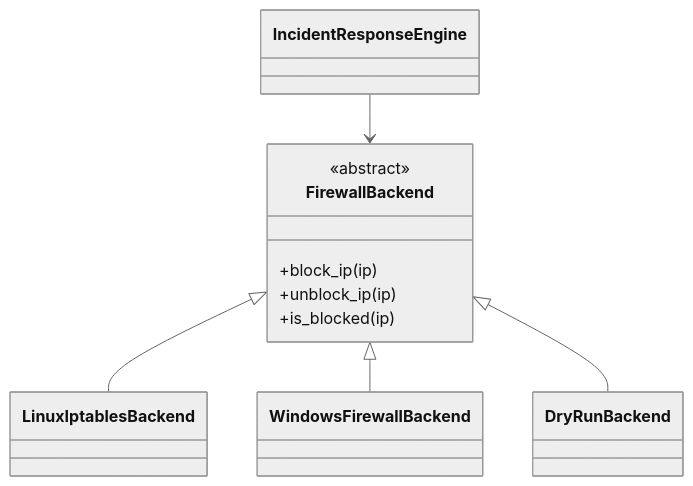
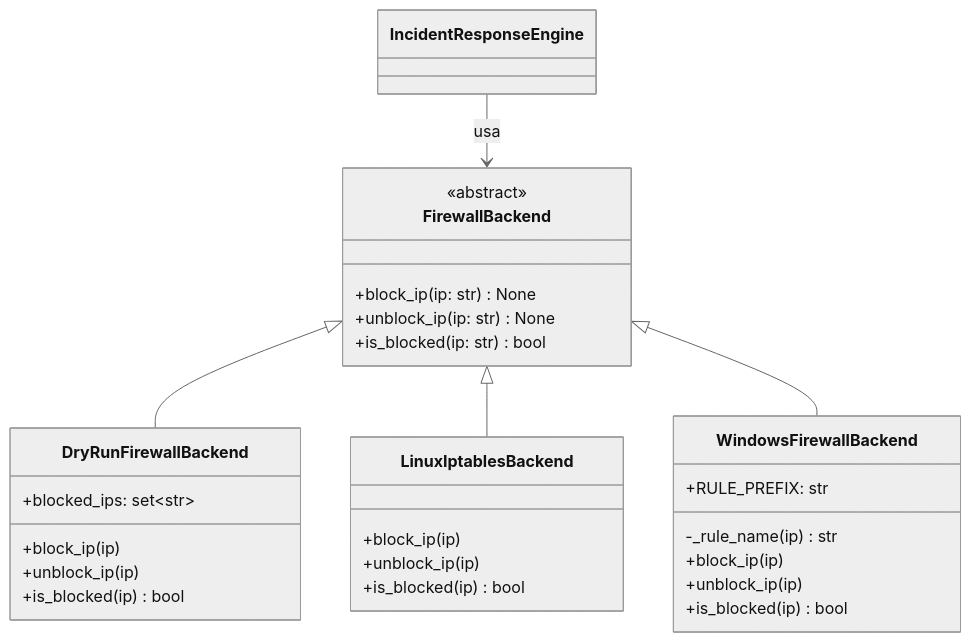
Before and after one commit to andrefinoo/Automated-Incident-Response-Ban-Engine-Python: the second of 2 diagrams in docs/manuale-tecnico.md, drawn with Mermaid (neutral theme). The commit also changed other lines of this file and 8 other files, not shown here.

````diff
--- a/docs/manuale-tecnico.md
+++ b/docs/manuale-tecnico.md
@@ -5,16 +162,35 @@
 ```mermaid
 classDiagram
     class FirewallBackend {
         <<abstract>>
+        +block_ip(ip: str) None
+        +unblock_ip(ip: str) None
+        +is_blocked(ip: str) bool
+    }
+
+    class DryRunFirewallBackend {
+        +blocked_ips: set~str~
         +block_ip(ip)
         +unblock_ip(ip)
-        +is_blocked(ip)
+        +is_blocked(ip) bool
     }
-    class LinuxIptablesBackend
-    class WindowsFirewallBackend
-    class DryRunBackend
+
+    class LinuxIptablesBackend {
+        +block_ip(ip)
+        +unblock_ip(ip)
+        +is_blocked(ip) bool
+    }
+
+    class WindowsFirewallBackend {
+        +RULE_PREFIX: str
+        -_rule_name(ip) str
+        +block_ip(ip)
+        +unblock_ip(ip)
+        +is_blocked(ip) bool
+    }
+
+    FirewallBackend <|-- DryRunFirewallBackend
     FirewallBackend <|-- LinuxIptablesBackend
     FirewallBackend <|-- WindowsFirewallBackend
-    FirewallBackend <|-- DryRunBackend
-    IncidentResponseEngine --> FirewallBackend
+    IncidentResponseEngine --> FirewallBackend : usa
 ```
````
